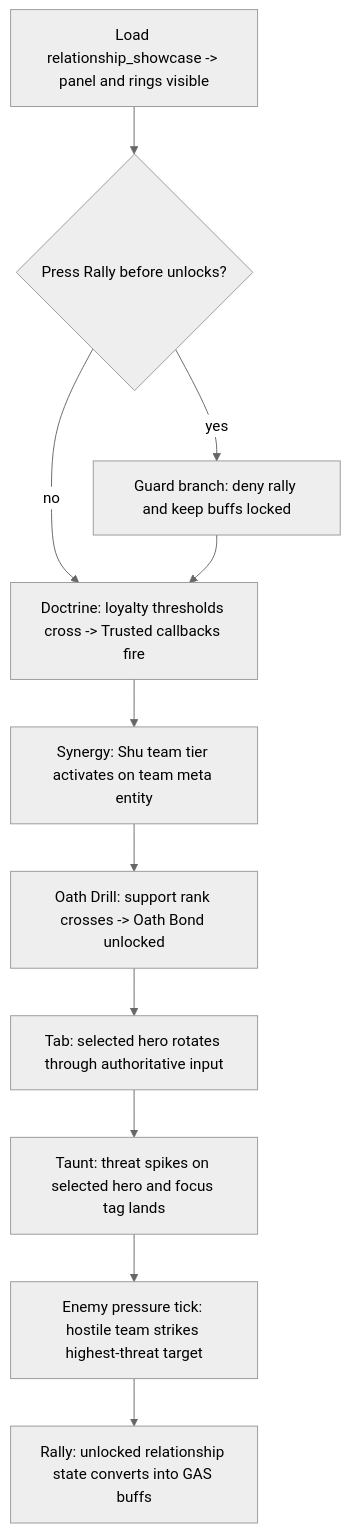
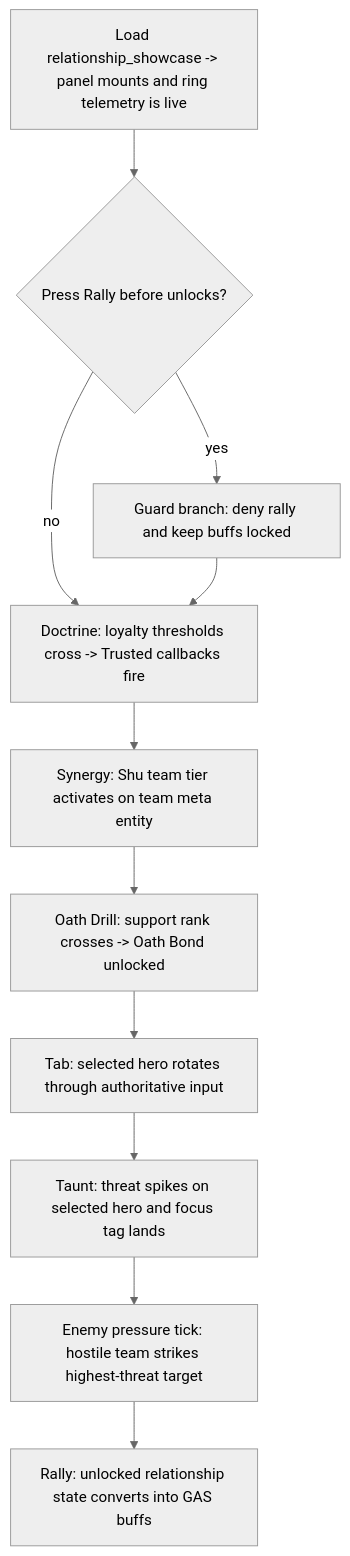
One commit to MightyBubble/Ludots changed the diagram in artifacts/acceptance/relationship-showcase/path.mmd. Above: the diagram before and after it, drawn with Mermaid (neutral theme). The commit also changed 39 other files, not shown here.

```diff
--- a/artifacts/acceptance/relationship-showcase/path.mmd
+++ b/artifacts/acceptance/relationship-showcase/path.mmd
@@ -1,11 +1,11 @@
 flowchart TD
-    A[Load relationship_showcase -> panel and rings visible] --> B{Press Rally before unlocks?}
+    A[Load relationship_showcase -> panel mounts and ring telemetry is live] --> B{Press Rally before unlocks?}
     B -- yes --> C[Guard branch: deny rally and keep buffs locked]
     B -- no --> D[Doctrine: loyalty thresholds cross -> Trusted callbacks fire]
     C --> D
     D --> E[Synergy: Shu team tier activates on team meta entity]
     E --> F[Oath Drill: support rank crosses -> Oath Bond unlocked]
     F --> G[Tab: selected hero rotates through authoritative input]
     G --> H[Taunt: threat spikes on selected hero and focus tag lands]
     H --> I[Enemy pressure tick: hostile team strikes highest-threat target]
     I --> J[Rally: unlocked relationship state converts into GAS buffs]
```
